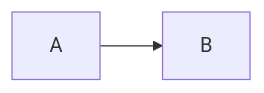
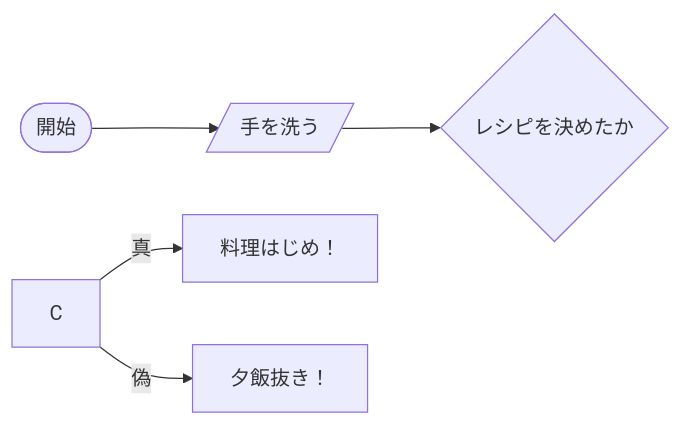
One commit to tpu-game-2023/mermaid_test changed the first of 3 diagrams in README.md. Above: the diagram before and after it, drawn with Mermaid.

Commit message:
流れ図を追加

````diff
--- a/README.md
+++ b/README.md
@@ -20,4 +20,8 @@
 ```mermaid
 flowchart LR;
-  A --> B
+  A([開始]) --> B[/手を洗う/];
+  B --> c{レシピを決めたか};
+  C -- 真 --> D[料理はじめ！];
+  C -- 偽 --> E[夕飯抜き！];
+
 ```
````
